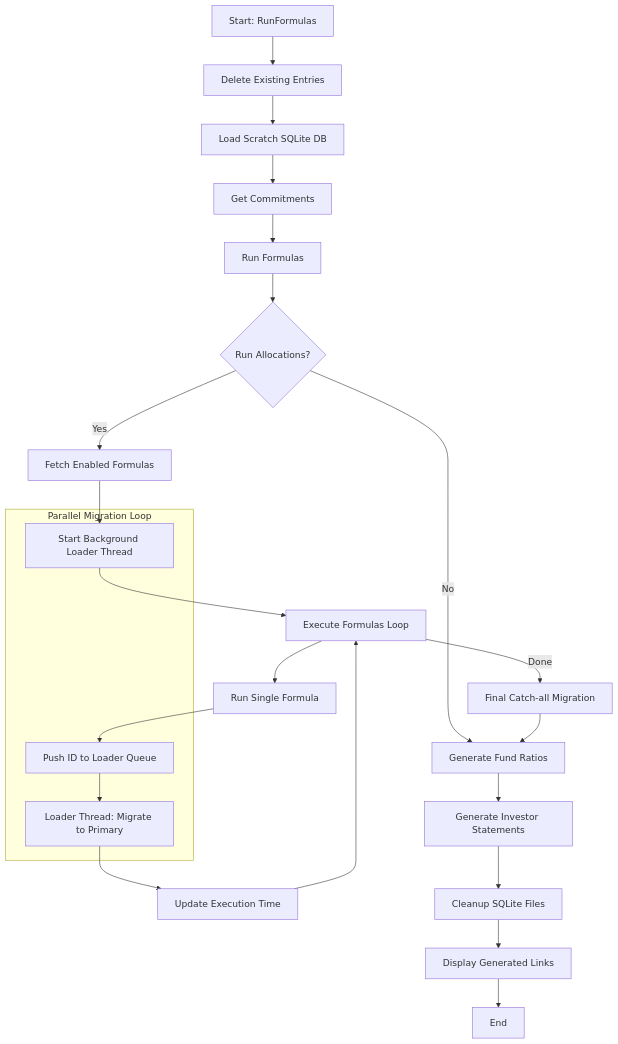
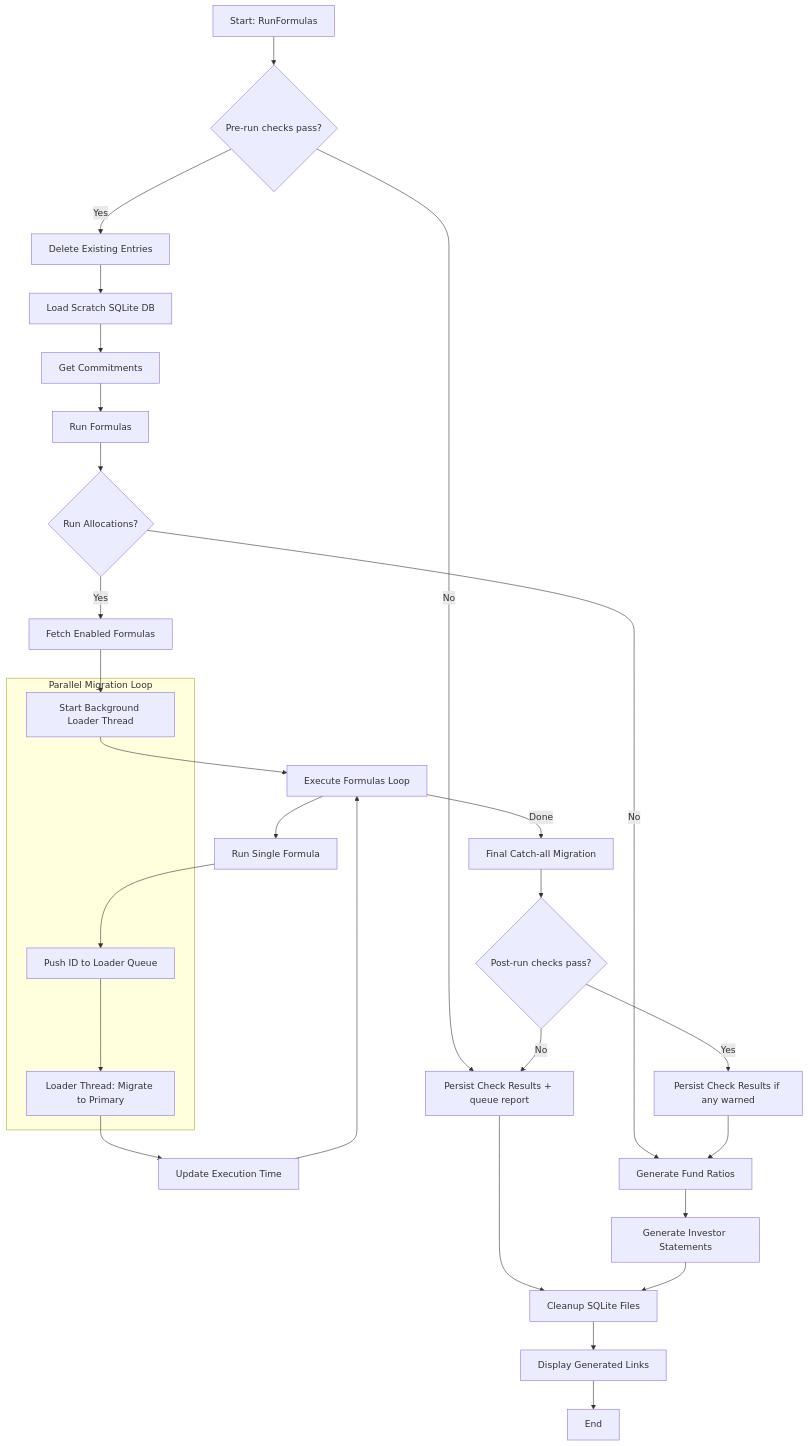
One commit to sampadadiwan/IRM_CompanyMain changed the first of 2 diagrams in app/packs/allocation_engine/account_entry_allocation/run_formulas.md. Above: the diagram before and after it, drawn with Mermaid. The commit also changed other lines of this file and 34 other files, not shown here.

First line of the commit message:
Allocation pre post checks (#1691)

````diff
--- a/app/packs/allocation_engine/account_entry_allocation/run_formulas.md
+++ b/app/packs/allocation_engine/account_entry_allocation/run_formulas.md
@@ -11,29 +11,35 @@
 ```mermaid
 graph TD
-    A[Start: RunFormulas] --> B[Delete Existing Entries]
+    A[Start: RunFormulas] --> PRE{Pre-run checks pass?}
+    PRE -- Yes --> B[Delete Existing Entries]
+    PRE -- No --> PCR[Persist Check Results + queue report]
+    PCR --> Q
     B --> C[Load Scratch SQLite DB]
     C --> D[Get Commitments]
     D --> E[Run Formulas]
     E --> F{Run Allocations?}
     F -- Yes --> G[Fetch Enabled Formulas]
     G --> H[Start Background Loader Thread]
     H --> I[Execute Formulas Loop]
     I --> J[Run Single Formula]
     J --> K[Push ID to Loader Queue]
     K --> L[Loader Thread: Migrate to Primary]
     L --> M[Update Execution Time]
     M --> I
     I -- Done --> N[Final Catch-all Migration]
     F -- No --> O[Generate Fund Ratios]
-    N --> O
+    N --> POST{Post-run checks pass?}
+    POST -- Yes --> PCS[Persist Check Results if any warned]
+    PCS --> O
+    POST -- No --> PCR
     O --> P[Generate Investor Statements]
     P --> Q[Cleanup SQLite Files]
     Q --> R[Display Generated Links]
     R --> S[End]
 
     subgraph "Parallel Migration Loop"
     H
     K
     L
     end
 ```
````
